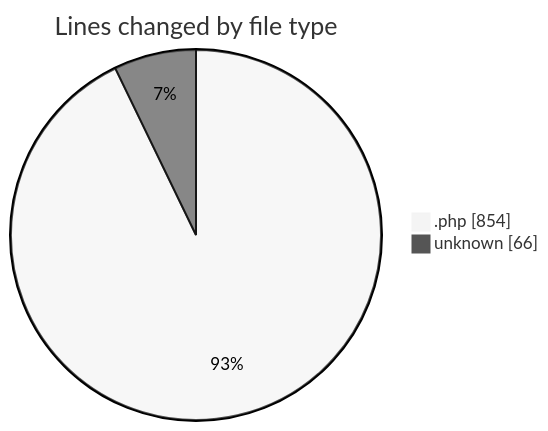
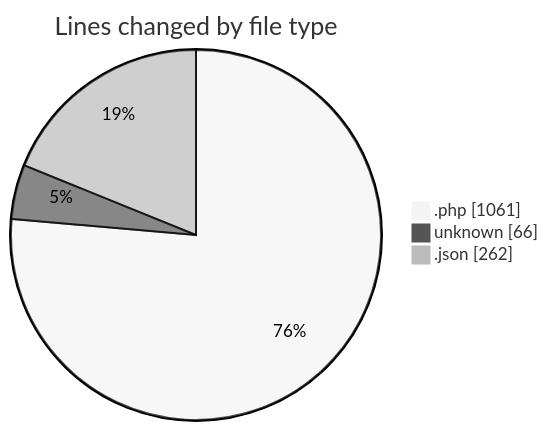
One commit to idhammustaqopulfikri/code-tracking changed the first of 2 diagrams in 2025-10-05/lapangan-futsal/README.md. Above: the diagram before and after it, drawn with Mermaid (neutral theme). The commit also changed other lines of this file and 1 other file, not shown here.

````diff
--- a/2025-10-05/lapangan-futsal/README.md
+++ b/2025-10-05/lapangan-futsal/README.md
@@ -33,6 +35,7 @@
 ```mermaid
 pie showData
 title Lines changed by file type
-".php" : 854
+".php" : 1061
 "unknown" : 66
+".json" : 262
 ```
````
